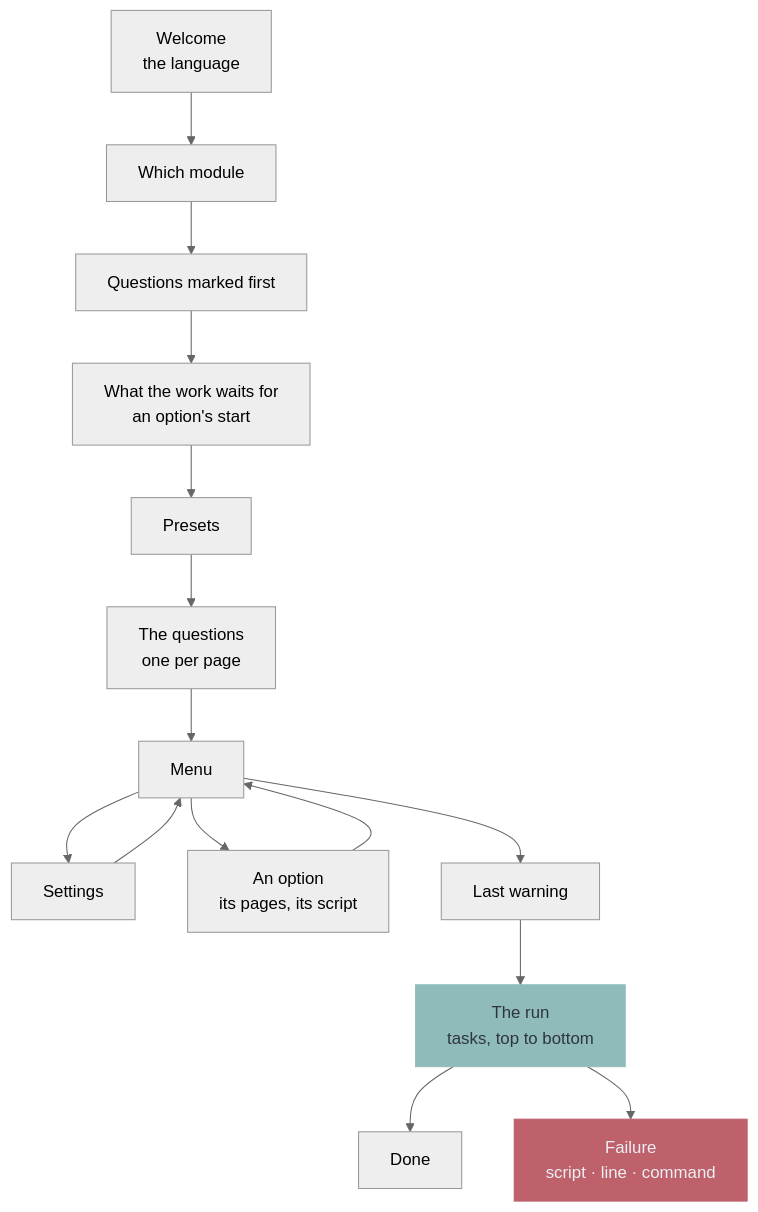
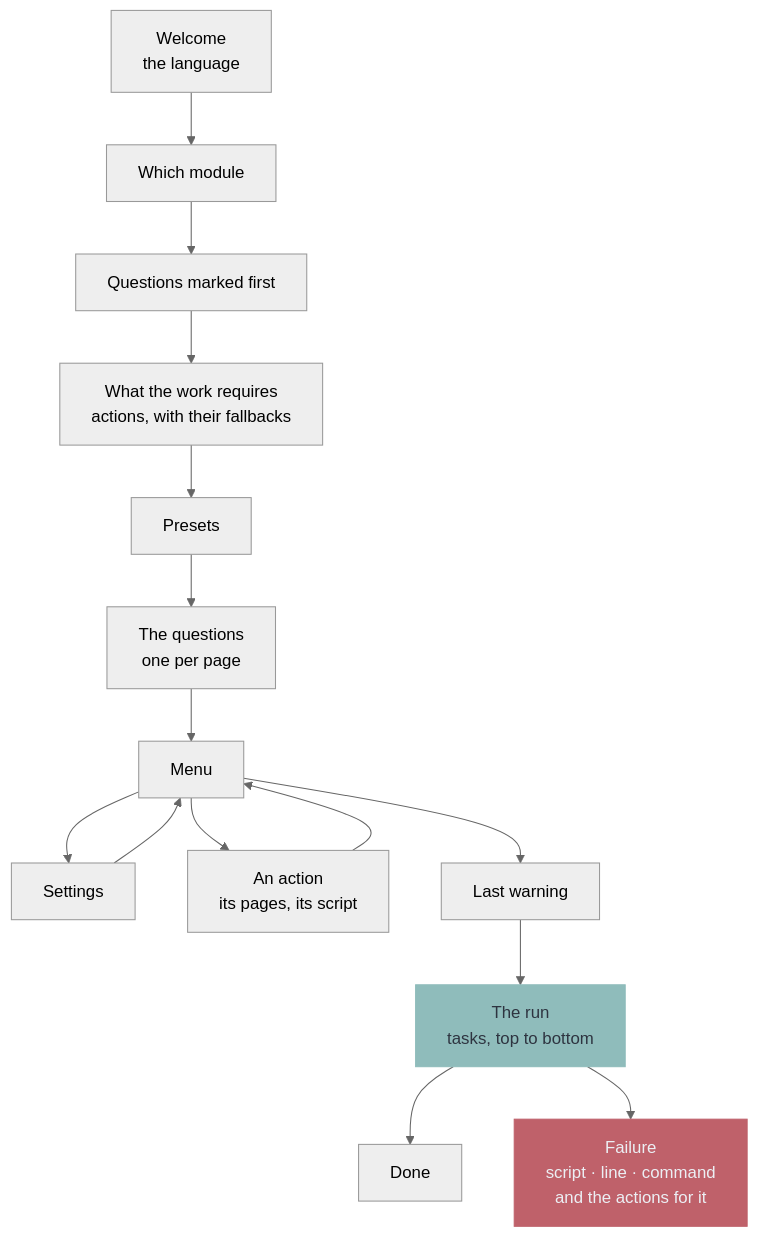
The second of 3 diagrams in docs/README.md (murkl/oak), drawn with Mermaid (neutral theme) before and after one commit. The commit also changed other lines of this file and 40 other files, not shown here.

````diff
--- a/docs/README.md
+++ b/docs/README.md
@@ -76,15 +76,15 @@
 ```mermaid
 flowchart TD
     L["Welcome<br/>the language"] --> W["Which module"] --> Q1["Questions marked first"]
-    Q1 --> N["What the work waits for<br/>an option's start"] --> PR["Presets"]
+    Q1 --> N["What the work requires<br/>actions, with their fallbacks"] --> PR["Presets"]
     PR --> Q["The questions<br/>one per page"]
     Q --> H["Menu"]
     H --> SE["Settings"] --> H
-    H --> OP["An option<br/>its pages, its script"] --> H
+    H --> OP["An action<br/>its pages, its script"] --> H
     H --> CF["Last warning"] --> R["The run<br/>tasks, top to bottom"]
     R --> OK["Done"]
-    R --> ER["Failure<br/>script · line · command"]
+    R --> ER["Failure<br/>script · line · command<br/>and the actions for it"]
 
     style ER fill:#bf616a,stroke:#bf616a,color:#eceff4
     style R fill:#8fbcbb,stroke:#8fbcbb,color:#2e3440
 ```
````
